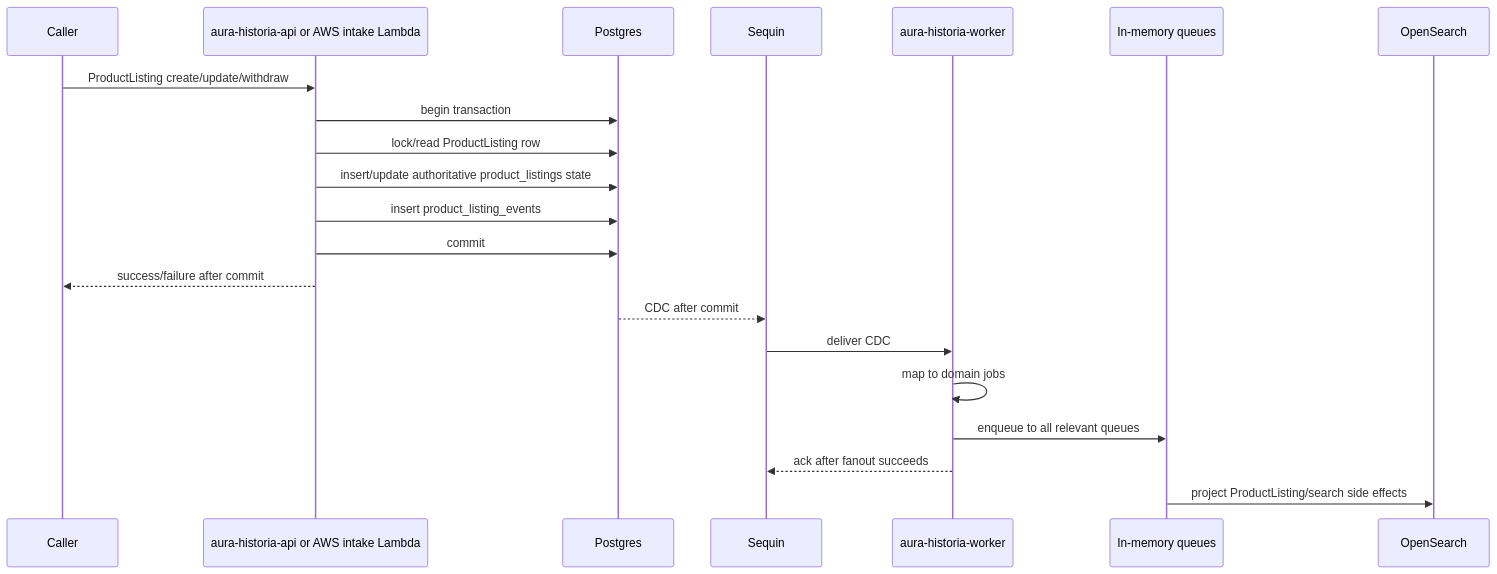
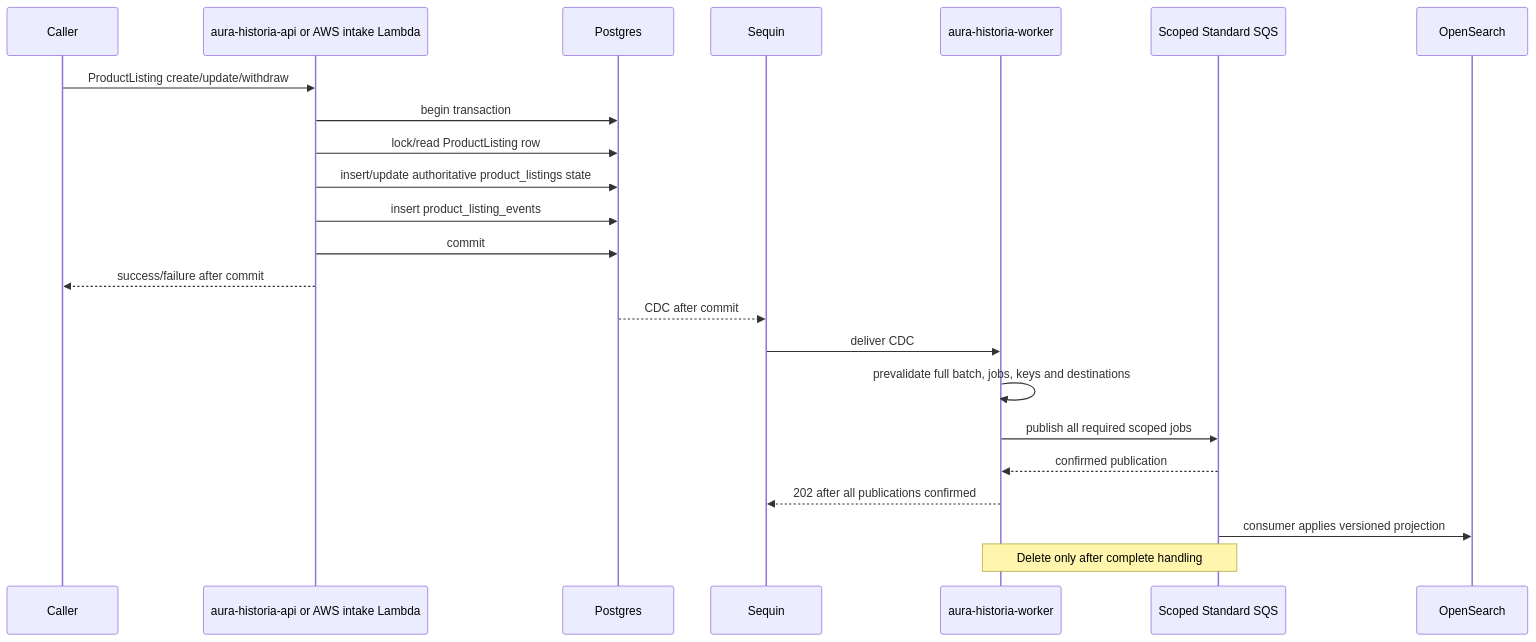
Before and after one commit to blitzfilter/aws-backend: the second of 2 diagrams in docs/events/flow.md, drawn with Mermaid. The commit also changed other lines of this file and 100 other files, not shown here.

First line of the commit message:
feat(#1558): replace ephemeral worker queues with standard SQS (#1745)

````diff
--- a/docs/events/flow.md
+++ b/docs/events/flow.md
@@ -73,24 +73,26 @@
 ```mermaid
 sequenceDiagram
     participant Caller
     participant API as aura-historia-api or AWS intake Lambda
     participant PG as Postgres
     participant Sequin
     participant Worker as aura-historia-worker
-    participant Queue as In-memory queues
+    participant Queue as Scoped Standard SQS
     participant OS as OpenSearch
 
     Caller->>API: ProductListing create/update/withdraw
     API->>PG: begin transaction
     API->>PG: lock/read ProductListing row
     API->>PG: insert/update authoritative product_listings state
     API->>PG: insert product_listing_events
     API->>PG: commit
     API-->>Caller: success/failure after commit
     PG-->>Sequin: CDC after commit
     Sequin->>Worker: deliver CDC
-    Worker->>Worker: map to domain jobs
-    Worker->>Queue: enqueue to all relevant queues
-    Worker-->>Sequin: ack after fanout succeeds
-    Queue->>OS: project ProductListing/search side effects
+    Worker->>Worker: prevalidate full batch, jobs, keys and destinations
+    Worker->>Queue: publish all required scoped jobs
+    Queue-->>Worker: confirmed publication
+    Worker-->>Sequin: 202 after all publications confirmed
+    Queue->>OS: consumer applies versioned projection
+    Note over Worker,Queue: Delete only after complete handling
 ```
````
